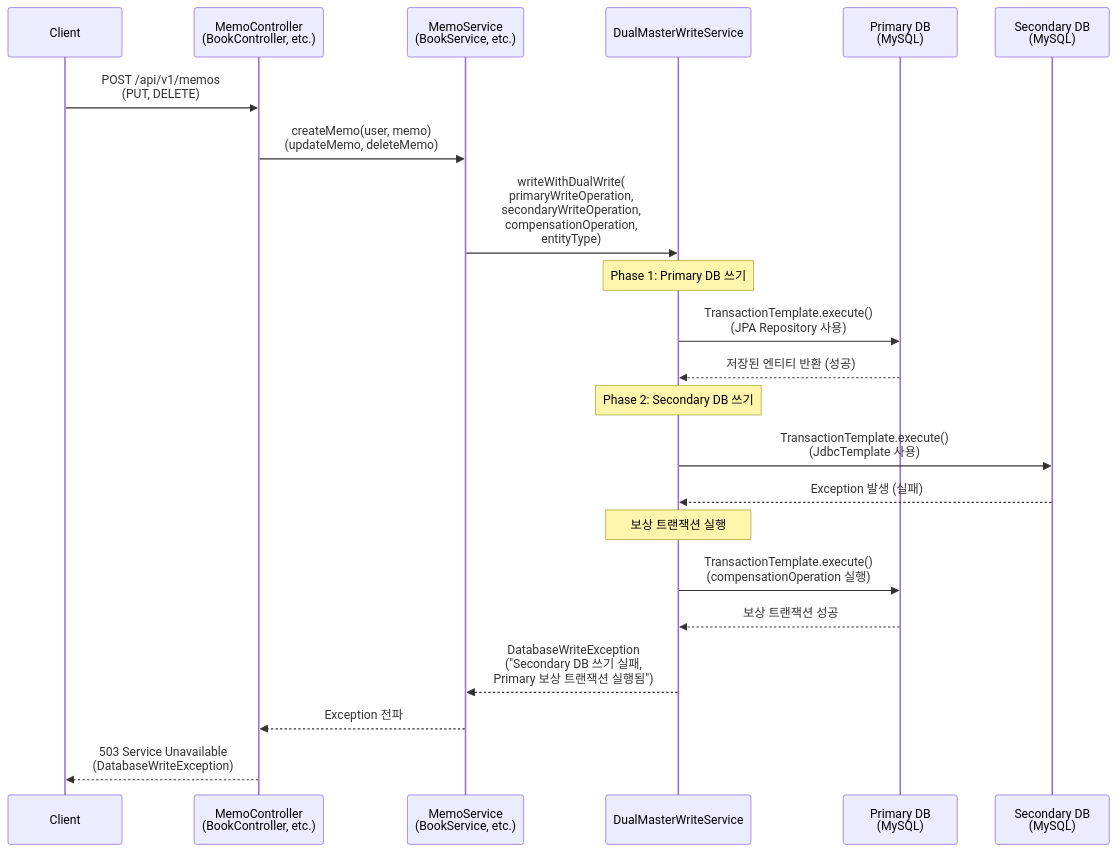
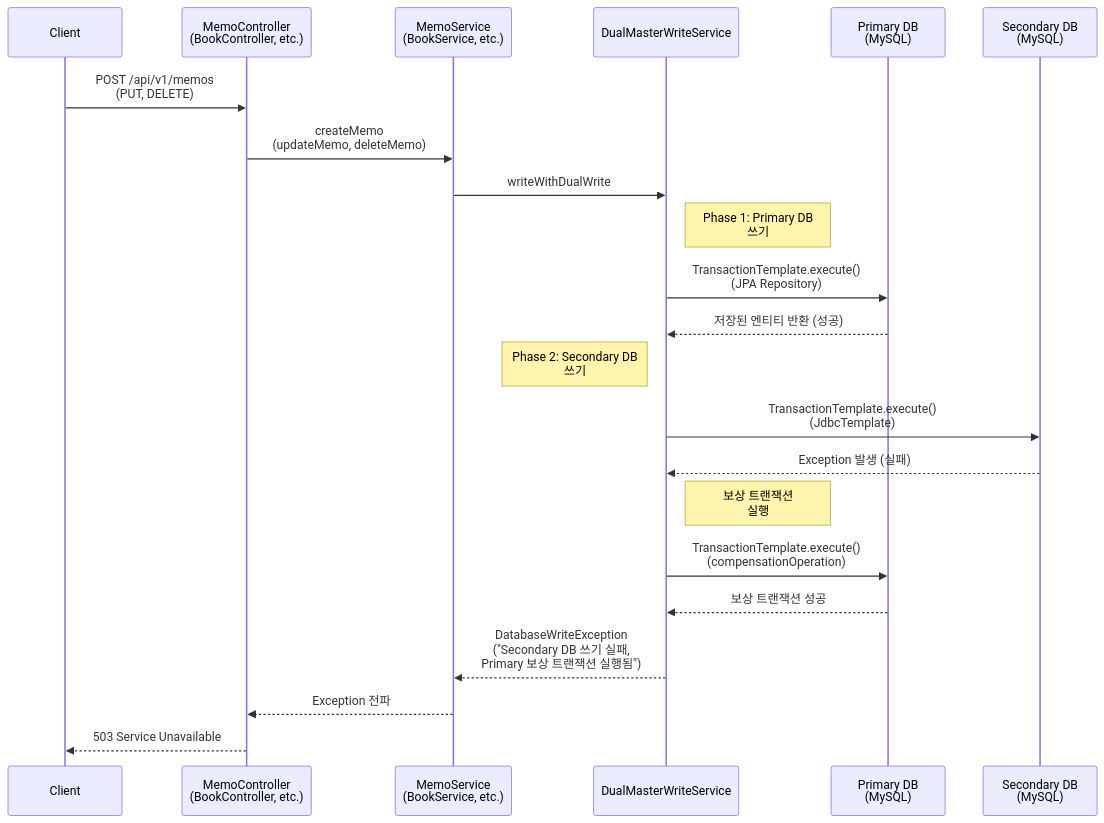
One commit to Park-Yena00/Reading_tracker changed the sixth of 7 diagrams in docs/architecture/SCENARIO2_RUNTIME_VIEW.md. Above: the diagram before and after it, drawn with Mermaid. The commit also changed other lines of this file and 2 other files, not shown here.

First line of the commit message:
docs: 다이어그램 선과 주석 겹침 문제 수정

````diff
--- a/docs/architecture/SCENARIO2_RUNTIME_VIEW.md
+++ b/docs/architecture/SCENARIO2_RUNTIME_VIEW.md
@@ -162,30 +157,29 @@
 ```mermaid
 sequenceDiagram
     participant Client
     participant Controller as MemoController<br/>(BookController, etc.)
     participant Service as MemoService<br/>(BookService, etc.)
     participant WriteService as DualMasterWriteService
     participant PrimaryDB as Primary DB<br/>(MySQL)
     participant SecondaryDB as Secondary DB<br/>(MySQL)
 
     Client->>Controller: POST /api/v1/memos<br/>(PUT, DELETE)
-    Controller->>Service: createMemo(user, memo)<br/>(updateMemo, deleteMemo)
+    Controller->>Service: createMemo<br/>(updateMemo, deleteMemo)
+    Service->>WriteService: writeWithDualWrite
     
-    Service->>WriteService: writeWithDualWrite(<br/>primaryWriteOperation,<br/>secondaryWriteOperation,<br/>compensationOperation,<br/>entityType)
-    
-    Note over WriteService: Phase 1: Primary DB 쓰기
-    WriteService->>PrimaryDB: TransactionTemplate.execute()<br/>(JPA Repository 사용)
+    Note right of WriteService: Phase 1: Primary DB<br/>쓰기
+    WriteService->>PrimaryDB: TransactionTemplate.execute()<br/>(JPA Repository)
     PrimaryDB-->>WriteService: 저장된 엔티티 반환 (성공)
     
-    Note over WriteService: Phase 2: Secondary DB 쓰기
-    WriteService->>SecondaryDB: TransactionTemplate.execute()<br/>(JdbcTemplate 사용)
+    Note left of WriteService: Phase 2: Secondary DB<br/>쓰기
+    WriteService->>SecondaryDB: TransactionTemplate.execute()<br/>(JdbcTemplate)
     SecondaryDB-->>WriteService: Exception 발생 (실패)
     
-    Note over WriteService: 보상 트랜잭션 실행
-    WriteService->>PrimaryDB: TransactionTemplate.execute()<br/>(compensationOperation 실행)
+    Note right of WriteService: 보상 트랜잭션<br/>실행
+    WriteService->>PrimaryDB: TransactionTemplate.execute()<br/>(compensationOperation)
     PrimaryDB-->>WriteService: 보상 트랜잭션 성공
     
     WriteService-->>Service: DatabaseWriteException<br/>("Secondary DB 쓰기 실패,<br/>Primary 보상 트랜잭션 실행됨")
     Service-->>Controller: Exception 전파
-    Controller-->>Client: 503 Service Unavailable<br/>(DatabaseWriteException)
+    Controller-->>Client: 503 Service Unavailable
 ```
````
